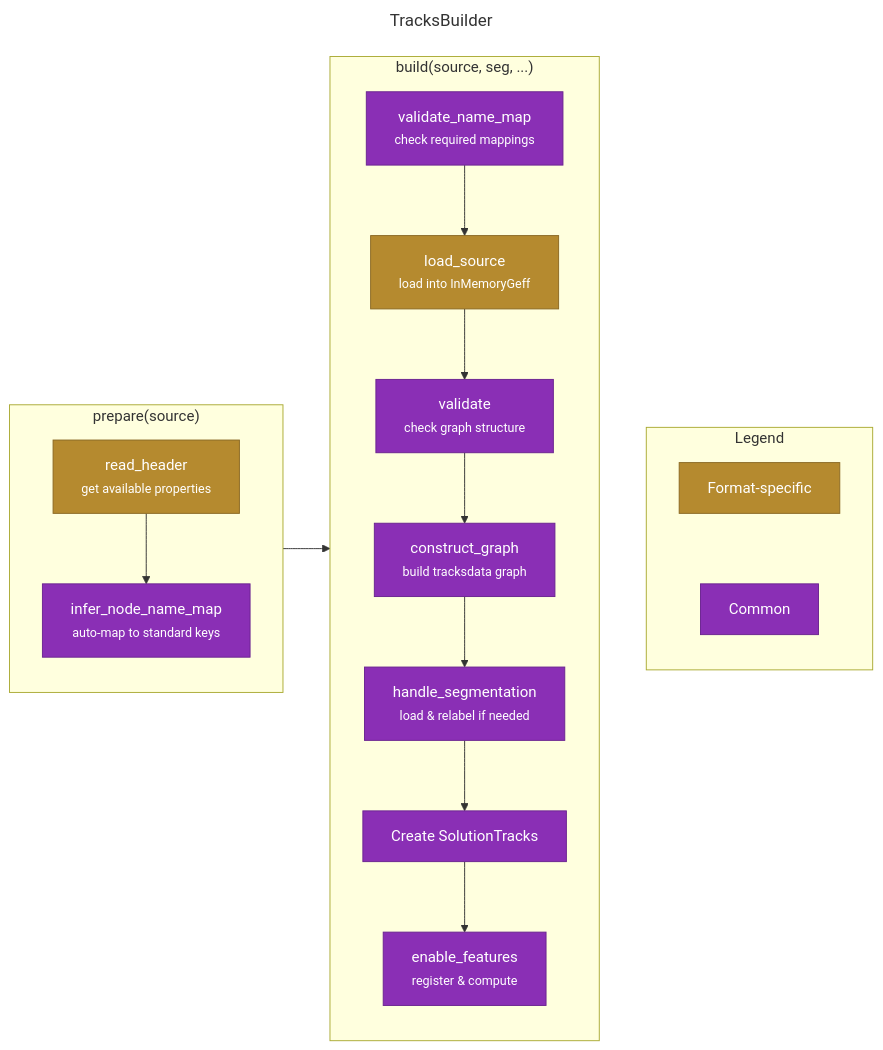
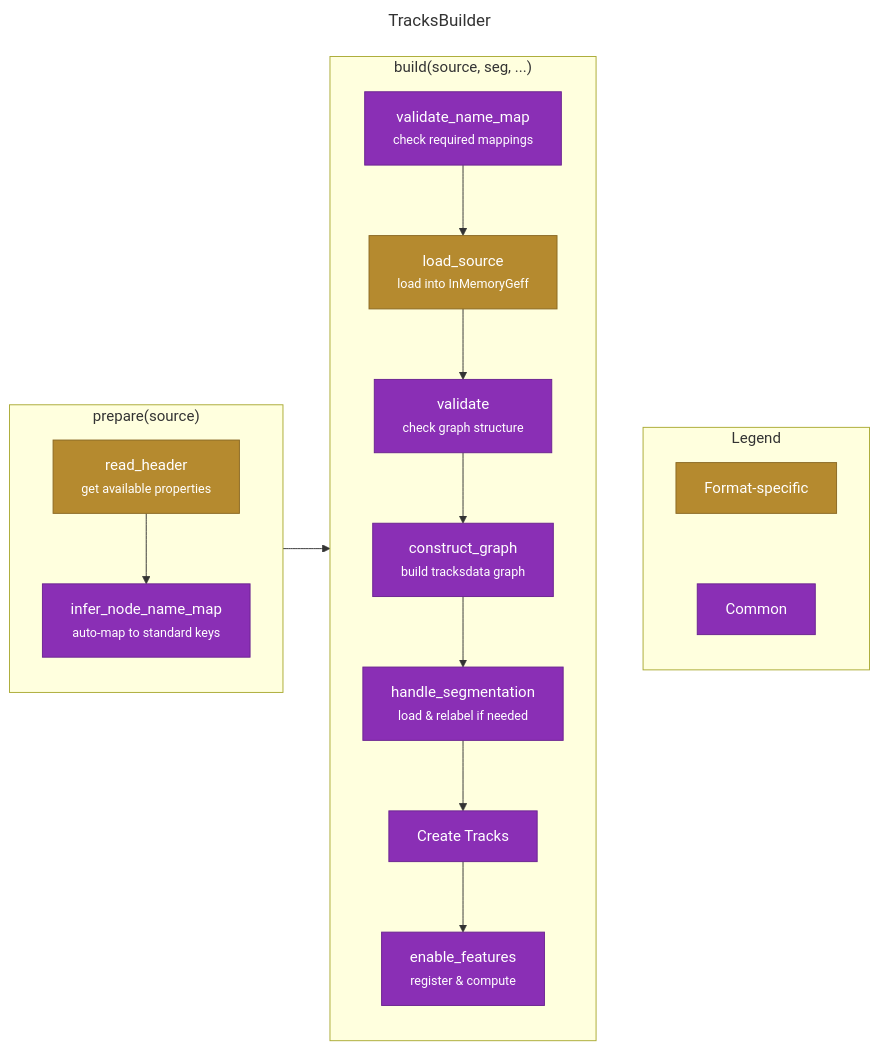
One commit to funkelab/funtracks changed the diagram in docs/import-flow.md. Above: the diagram before and after it, drawn with Mermaid. The commit also changed 21 other files, not shown here.

Commit message:
make graph_full the MAIN graph and graph_solution merely a view of it, full invert

````diff
--- a/docs/import-flow.md
+++ b/docs/import-flow.md
@@ -9,54 +9,54 @@
 ```mermaid
 ---
 title: TracksBuilder
 ---
 graph LR
     subgraph Prepare["prepare(source)"]
         direction TB
         ReadHeader["read_header<br/><small>get available properties</small>"]
         InferMap["infer_node_name_map<br/><small>auto-map to standard keys</small>"]
         ReadHeader --> InferMap
     end
 
     subgraph Build["build(source, seg, ...)"]
         direction TB
         ValidateMap["validate_name_map<br/><small>check required mappings</small>"]
         LoadSource["load_source<br/><small>load into InMemoryGeff</small>"]
         Validate["validate<br/><small>check graph structure</small>"]
         ConstructGraph["construct_graph<br/><small>build tracksdata graph</small>"]
         HandleSeg["handle_segmentation<br/><small>load & relabel if needed</small>"]
-        CreateTracks[Create SolutionTracks]
+        CreateTracks[Create Tracks]
         EnableFeatures["enable_features<br/><small>register & compute</small>"]
 
         ValidateMap --> LoadSource
         LoadSource --> Validate
         Validate --> ConstructGraph
         ConstructGraph --> HandleSeg
         HandleSeg --> CreateTracks
         CreateTracks --> EnableFeatures
     end
 
     Prepare --> Build
 
     subgraph Legend["Legend"]
         direction TB
         L1[Format-specific]
         L2[Common]
 
         L1 ~~~ L2
     end
 
     Build ~~~ Legend
 
     style ReadHeader fill:#b58a2f,color:#fff,stroke:#8a6823
     style LoadSource fill:#b58a2f,color:#fff,stroke:#8a6823
     style InferMap fill:#8a2fb5,color:#fff,stroke:#6a2390
     style ValidateMap fill:#8a2fb5,color:#fff,stroke:#6a2390
     style Validate fill:#8a2fb5,color:#fff,stroke:#6a2390
     style ConstructGraph fill:#8a2fb5,color:#fff,stroke:#6a2390
     style HandleSeg fill:#8a2fb5,color:#fff,stroke:#6a2390
     style CreateTracks fill:#8a2fb5,color:#fff,stroke:#6a2390
     style EnableFeatures fill:#8a2fb5,color:#fff,stroke:#6a2390
     style L1 fill:#b58a2f,color:#fff,stroke:#8a6823
     style L2 fill:#8a2fb5,color:#fff,stroke:#6a2390
 ```
````
